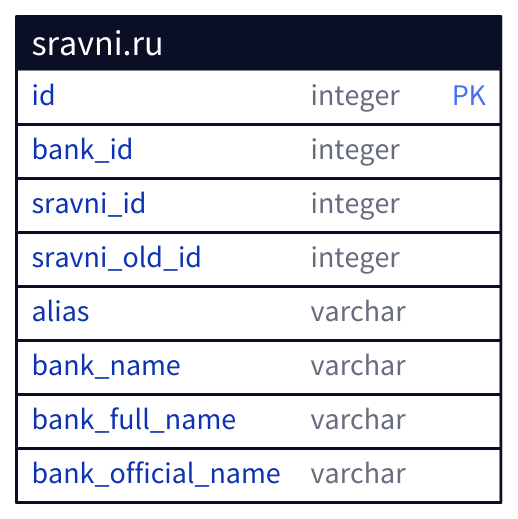
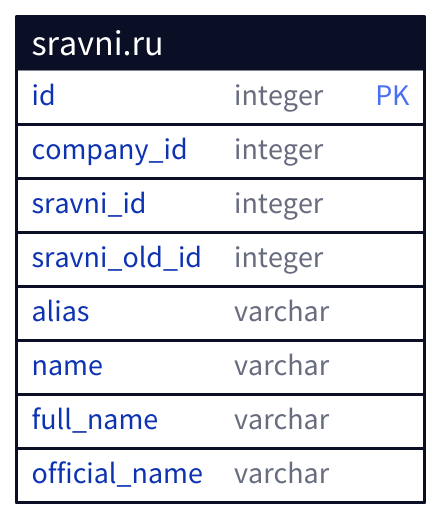
One commit to dudin-george/ESG_analysis changed the seventh of 10 diagrams in docs/vkr.org. Above: the diagram before and after it, drawn with D2. The commit also changed other lines of this file and 9 other files, not shown here.

```diff
--- a/docs/vkr.org
+++ b/docs/vkr.org
@@ -1278,14 +1277,14 @@
 #+begin_src d2 :exports results :file img/d2/sravni_ru.png
 sravni\.ru: {
   shape: sql_table
 
   id: integer {constraint: primary_key}
-  bank_id: integer
+  company_id: integer
   sravni_id: integer
   sravni_old_id: integer
   alias: varchar
-  bank_name: varchar
-  bank_full_name: varchar
-  bank_official_name: varchar
+  name: varchar
+  full_name: varchar
+  official_name: varchar
 }
 #+end_src
```
